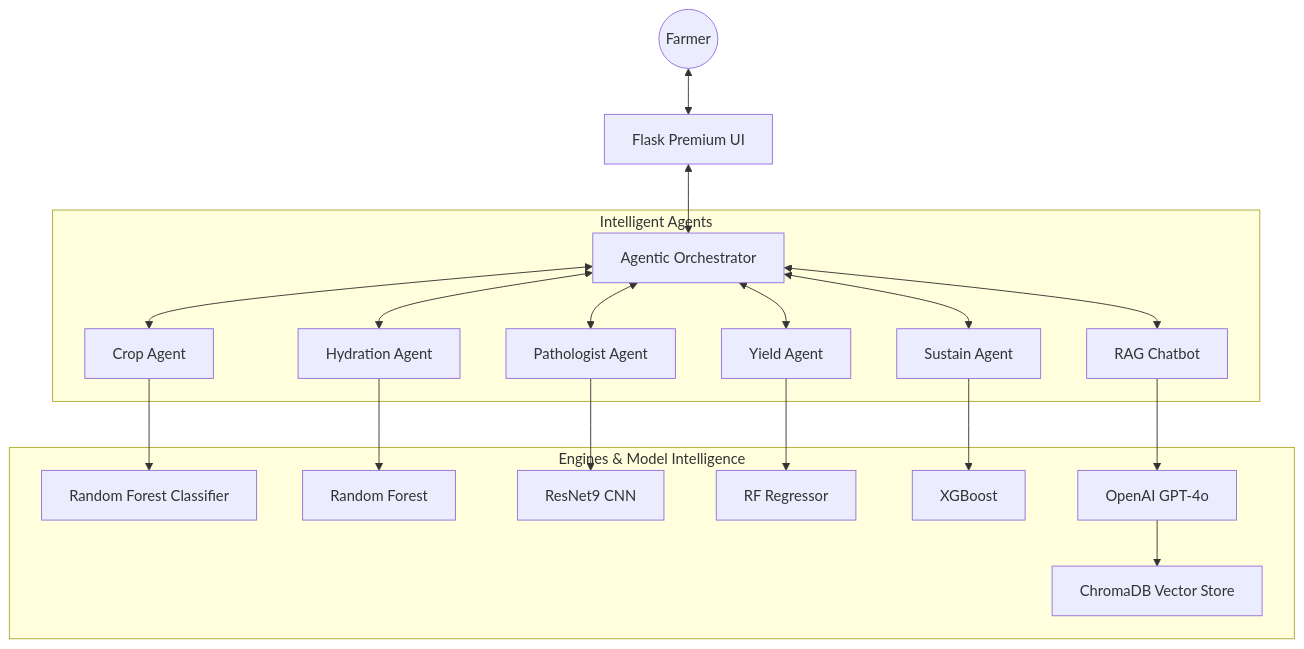
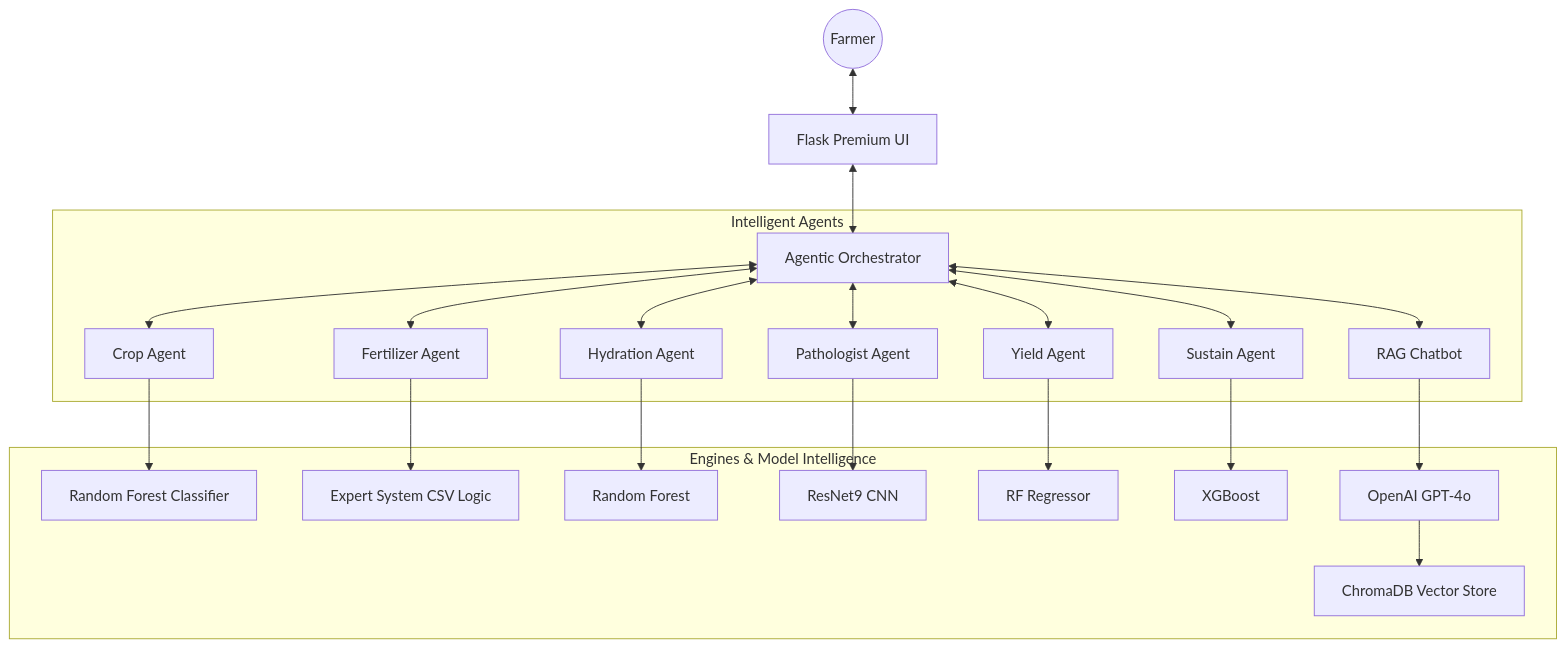
One commit to vannu07/Agro changed the first of 5 diagrams in docs/Detailed_System_Design.md. Above: the diagram before and after it, drawn with Mermaid. The commit also changed other lines of this file and 2 other files, not shown here.

````diff
--- a/docs/Detailed_System_Design.md
+++ b/docs/Detailed_System_Design.md
@@ -11,24 +11,26 @@
 ```mermaid
 graph TD
     User((Farmer)) <--> UI[Flask Premium UI]
     UI <--> ORCH[Agentic Orchestrator]
     
     subgraph "Intelligent Agents"
         ORCH <--> CA[Crop Agent]
+        ORCH <--> FA[Fertilizer Agent]
         ORCH <--> HA[Hydration Agent]
         ORCH <--> PA[Pathologist Agent]
         ORCH <--> YA[Yield Agent]
         ORCH <--> SA[Sustain Agent]
         ORCH <--> CB[RAG Chatbot]
     end
     
     subgraph "Engines & Model Intelligence"
         CA --> CA_M[Random Forest Classifier]
+        FA --> FA_M[Expert System CSV Logic]
         HA --> HA_M[Random Forest]
         PA --> PA_M[ResNet9 CNN]
         YA --> YA_M[RF Regressor]
         SA --> SA_M[XGBoost]
         CB --> CB_M[OpenAI GPT-4o]
         CB_M --> VEC[ChromaDB Vector Store]
     end
 ```
````
